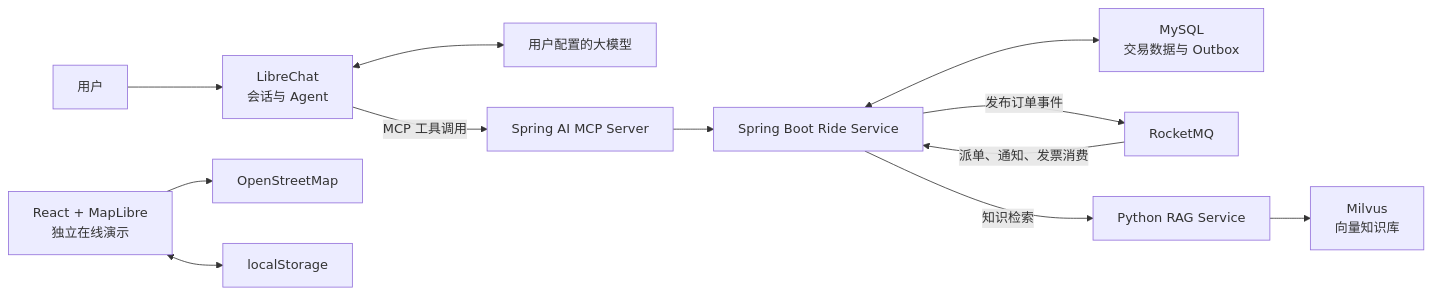
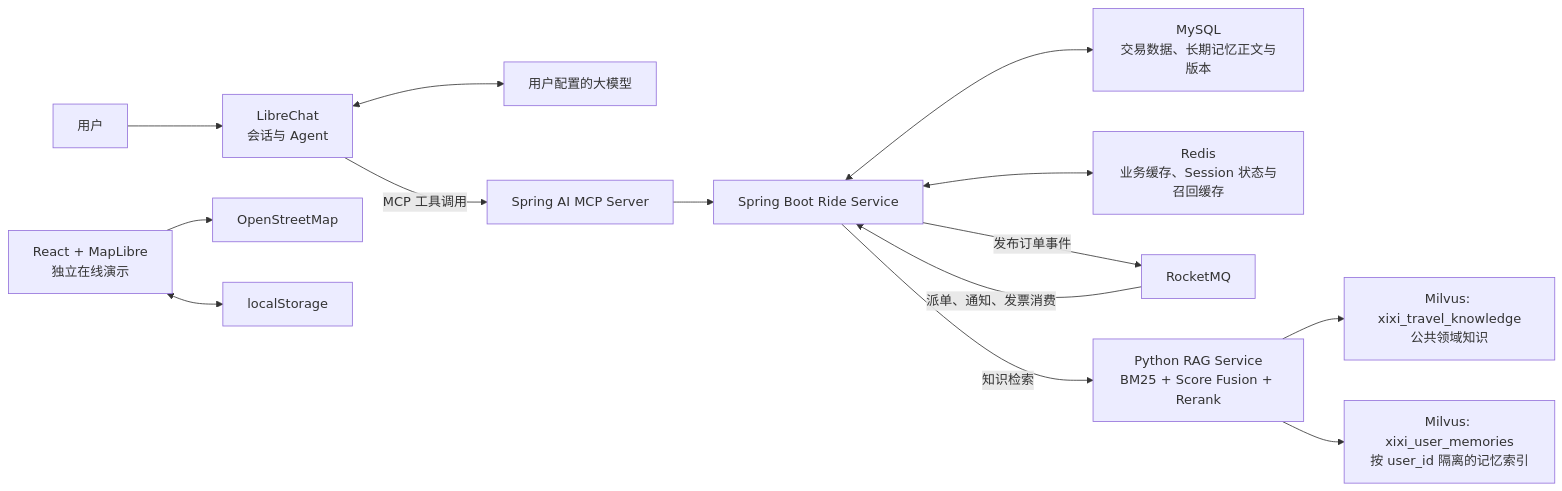
Before and after one commit to YINPENG04/xixi-travel-agent: the first of 2 diagrams in README.md, drawn with Mermaid. The commit also changed other lines of this file and 55 other files, not shown here.

````diff
--- a/README.md
+++ b/README.md
@@ -35,16 +37,18 @@
 ```mermaid
 flowchart LR
     U["用户"] --> LC["LibreChat<br/>会话与 Agent"]
     LC <--> LLM["用户配置的大模型"]
     LC -->|"MCP 工具调用"| MCP["Spring AI MCP Server"]
 
     MCP --> RS["Spring Boot Ride Service"]
-    RS <--> DB["MySQL<br/>交易数据与 Outbox"]
+    RS <--> DB["MySQL<br/>交易数据、长期记忆正文与版本"]
+    RS <--> CACHE["Redis<br/>业务缓存、Session 状态与召回缓存"]
     RS -->|"发布订单事件"| MQ["RocketMQ"]
     MQ -->|"派单、通知、发票消费"| RS
-    RS -->|"知识检索"| RAG["Python RAG Service"]
-    RAG --> VDB["Milvus<br/>向量知识库"]
+    RS -->|"知识检索"| RAG["Python RAG Service<br/>BM25 + Score Fusion + Rerank"]
+    RAG --> KNOWLEDGE["Milvus: xixi_travel_knowledge<br/>公共领域知识"]
+    RAG --> MEMORIES["Milvus: xixi_user_memories<br/>按 user_id 隔离的记忆索引"]
 
     DEMO["React + MapLibre<br/>独立在线演示"] --> OSM["OpenStreetMap"]
     DEMO <--> LS["localStorage"]
 ```
````
